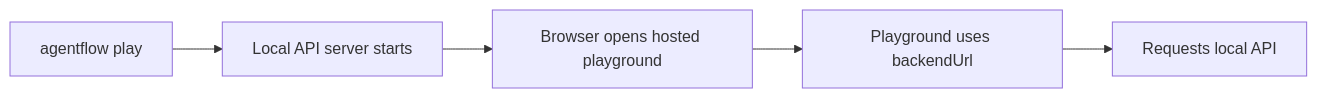
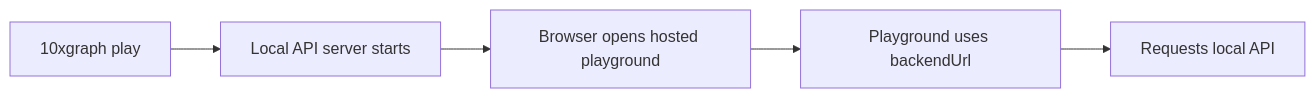
The diagram in src/content/docs/troubleshooting/playground.md (10xHub/agentflow-docs), drawn with Mermaid before and after one commit. The commit also changed other lines of this file and 72 other files, not shown here.

First line of the commit message:
Refactor documentation and code references from agentflow to 10xgraph

````diff
--- a/src/content/docs/troubleshooting/playground.md
+++ b/src/content/docs/troubleshooting/playground.md
@@ -13,7 +13,7 @@
 ```mermaid
 flowchart LR
-    A[agentflow play] --> B[Local API server starts]
+    A[10xgraph play] --> B[Local API server starts]
     B --> C[Browser opens hosted playground]
     C --> D[Playground uses backendUrl]
     D --> E[Requests local API]
 ```
````
